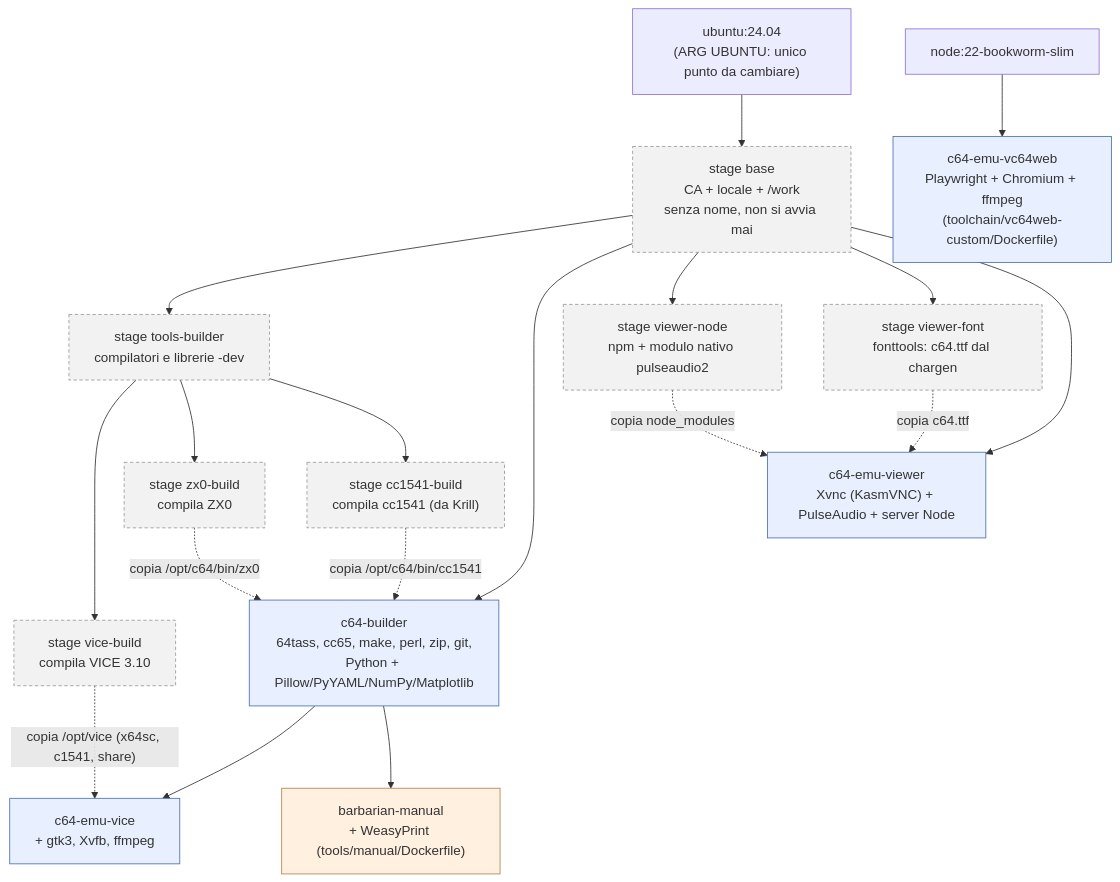
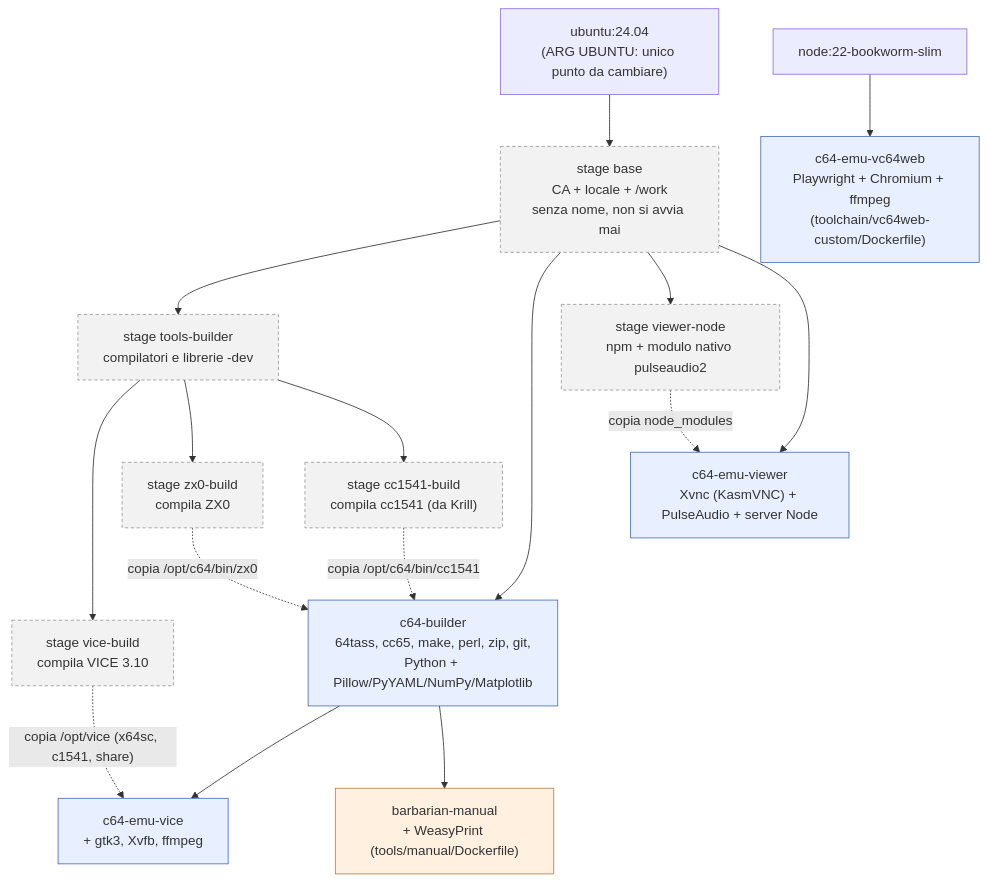
The first of 3 diagrams in docs/docker-architecture.md (caporalesimone/barbarian-the-blood-path), drawn with Mermaid before and after one commit. The commit also changed 13 other files, not shown here.

````diff
--- a/docs/docker-architecture.md
+++ b/docs/docker-architecture.md
@@ -23,33 +23,31 @@
 ```mermaid
 flowchart TD
     UB["ubuntu:24.04<br/>(ARG UBUNTU: unico punto da cambiare)"] --> BASE["stage base<br/>CA + locale + /work<br/>senza nome, non si avvia mai"]
 
     BASE --> TB["stage tools-builder<br/>compilatori e librerie -dev"]
     TB --> VB["stage vice-build<br/>compila VICE 3.10"]
     TB --> ZB["stage zx0-build<br/>compila ZX0"]
     TB --> CB["stage cc1541-build<br/>compila cc1541 (da Krill)"]
 
     BASE --> BLD["c64-builder<br/>64tass, cc65, make, perl, zip, git,<br/>Python + Pillow/PyYAML/NumPy/Matplotlib"]
     ZB -. "copia /opt/c64/bin/zx0" .-> BLD
     CB -. "copia /opt/c64/bin/cc1541" .-> BLD
 
     BLD --> EVICE["c64-emu-vice<br/>+ gtk3, Xvfb, ffmpeg"]
     VB -. "copia /opt/vice (x64sc, c1541, share)" .-> EVICE
 
     BASE --> VN["stage viewer-node<br/>npm + modulo nativo pulseaudio2"]
-    BASE --> VF["stage viewer-font<br/>fonttools: c64.ttf dal chargen"]
     BASE --> VW["c64-emu-viewer<br/>Xvnc (KasmVNC) + PulseAudio + server Node"]
     VN -. "copia node_modules" .-> VW
-    VF -. "copia c64.ttf" .-> VW
 
     BLD --> MAN["barbarian-manual<br/>+ WeasyPrint (tools/manual/Dockerfile)"]
 
     NODE["node:22-bookworm-slim"] --> VC["c64-emu-vc64web<br/>Playwright + Chromium + ffmpeg<br/>(toolchain/vc64web-custom/Dockerfile)"]
 
     classDef gen fill:#e8f0ff,stroke:#4a6fb5;
     classDef game fill:#fff0e0,stroke:#b5834a;
     classDef stage fill:#f2f2f2,stroke:#999,stroke-dasharray:4 3;
     class BLD,EVICE,VW,VC gen;
     class MAN game;
-    class BASE,TB,VB,ZB,CB,VN,VF stage;
+    class BASE,TB,VB,ZB,CB,VN stage;
 ```
````
